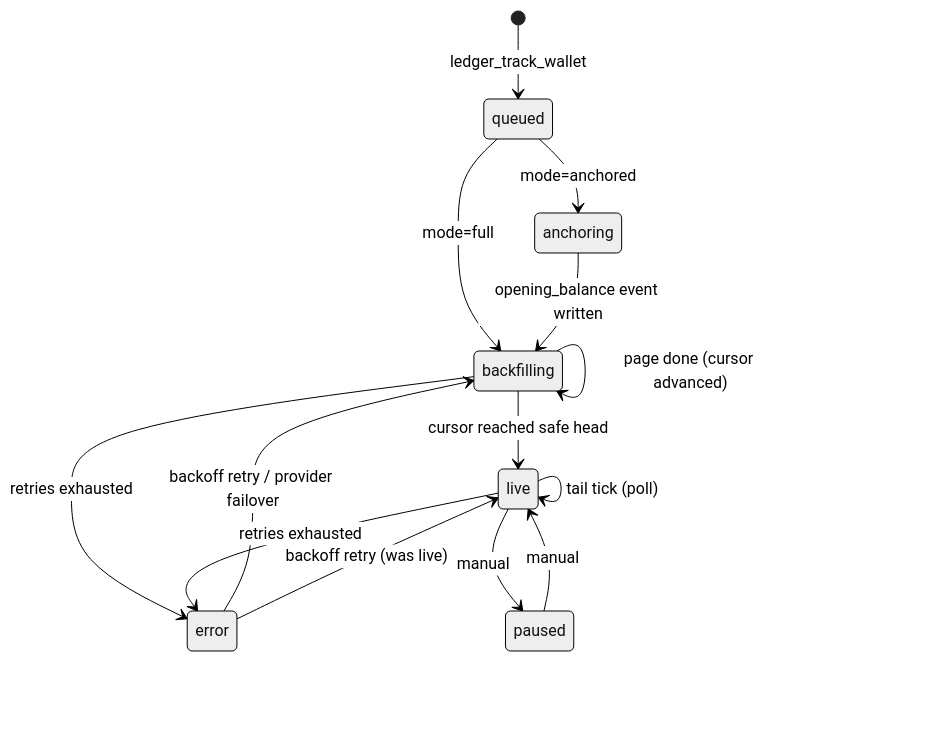
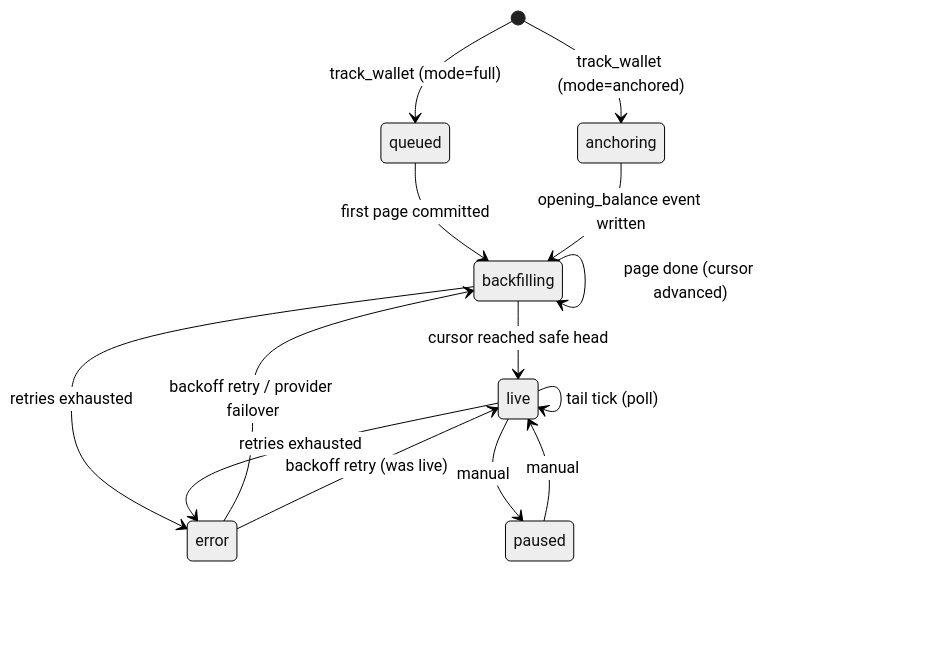
One commit to Iaicox/Reconcil changed the diagram in docs/architecture/03-ingestion.md. Above: the diagram before and after it, drawn with Mermaid (neutral theme). The commit also changed other lines of this file and 37 other files, not shown here.

First line of the commit message:
feat(mcp-tools): anchored-window backfill + async >50k probe (ledger Part B) (#12)

````diff
--- a/docs/architecture/03-ingestion.md
+++ b/docs/architecture/03-ingestion.md
@@ -12,16 +12,16 @@
 ```mermaid
 stateDiagram-v2
-    [*] --> queued : ledger_track_wallet
-    queued --> anchoring : mode=anchored
-    queued --> backfilling : mode=full
+    [*] --> queued : track_wallet (mode=full)
+    [*] --> anchoring : track_wallet (mode=anchored)
+    queued --> backfilling : first page committed
     anchoring --> backfilling : opening_balance event written
     backfilling --> backfilling : page done (cursor advanced)
     backfilling --> live : cursor reached safe head
     live --> live : tail tick (poll)
     backfilling --> error : retries exhausted
     live --> error : retries exhausted
     error --> backfilling : backoff retry / provider failover
     error --> live : backoff retry (was live)
     live --> paused : manual
     paused --> live : manual
 ```
````
